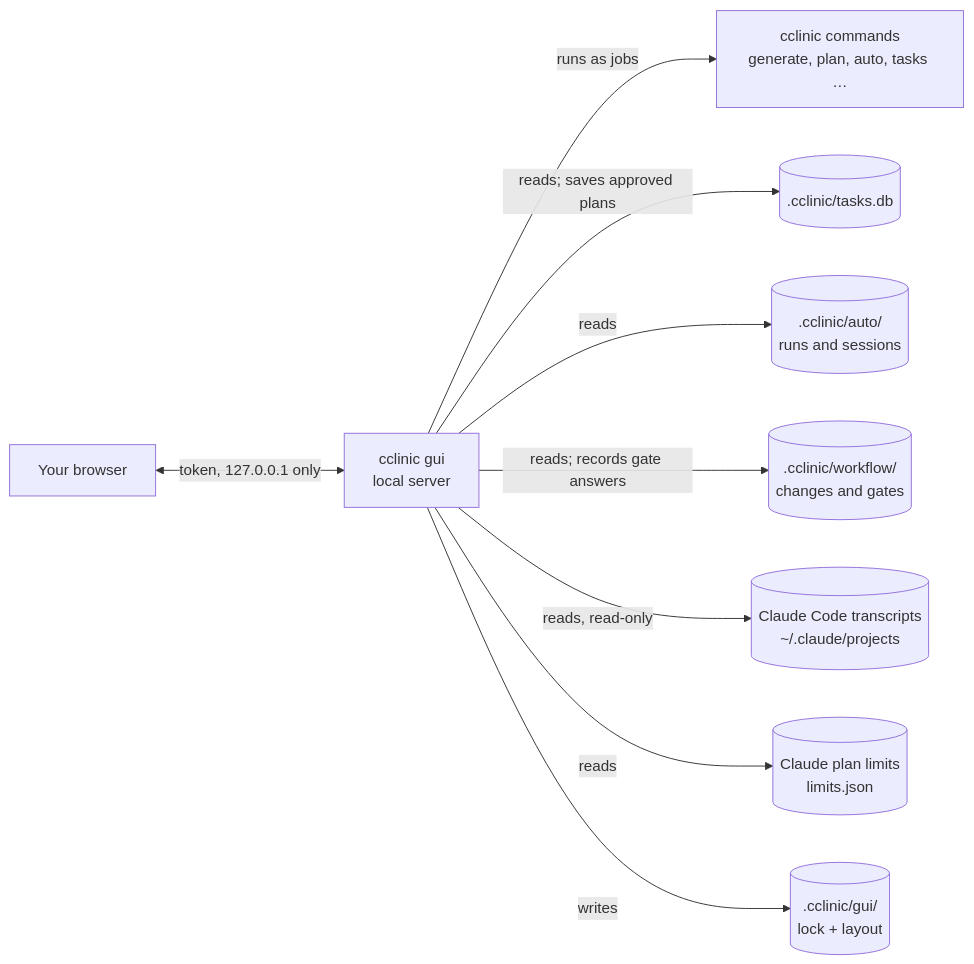
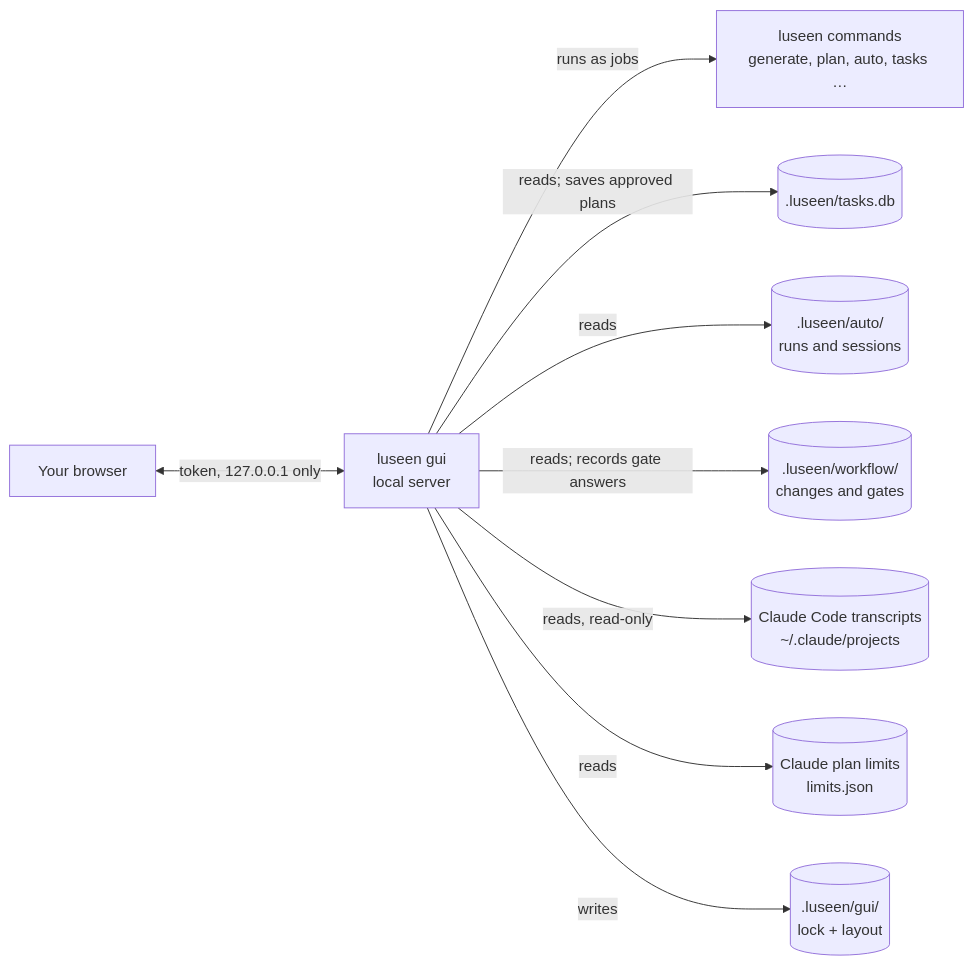
The first of 8 diagrams in GUI_FLOW.md (Hayko97/cclinic), drawn with Mermaid before and after one commit. The commit also changed other lines of this file and 311 other files, not shown here.

````diff
--- a/GUI_FLOW.md
+++ b/GUI_FLOW.md
@@ -13,11 +13,11 @@
 ```mermaid
 flowchart LR
-    B[Your browser] <-->|token, 127.0.0.1 only| G[cclinic gui<br/>local server]
-    G -->|runs as jobs| C[cclinic commands<br/>generate, plan, auto, tasks …]
-    G -->|reads; saves approved plans| T[(.cclinic/tasks.db)]
-    G -->|reads| A[(.cclinic/auto/<br/>runs and sessions)]
-    G -->|reads; records gate answers| W[(.cclinic/workflow/<br/>changes and gates)]
+    B[Your browser] <-->|token, 127.0.0.1 only| G[luseen gui<br/>local server]
+    G -->|runs as jobs| C[luseen commands<br/>generate, plan, auto, tasks …]
+    G -->|reads; saves approved plans| T[(.luseen/tasks.db)]
+    G -->|reads| A[(.luseen/auto/<br/>runs and sessions)]
+    G -->|reads; records gate answers| W[(.luseen/workflow/<br/>changes and gates)]
     G -->|reads, read-only| S[(Claude Code transcripts<br/>~/.claude/projects)]
     G -->|reads| L[(Claude plan limits<br/>limits.json)]
-    G -->|writes| U[(.cclinic/gui/<br/>lock + layout)]
+    G -->|writes| U[(.luseen/gui/<br/>lock + layout)]
 ```
````
